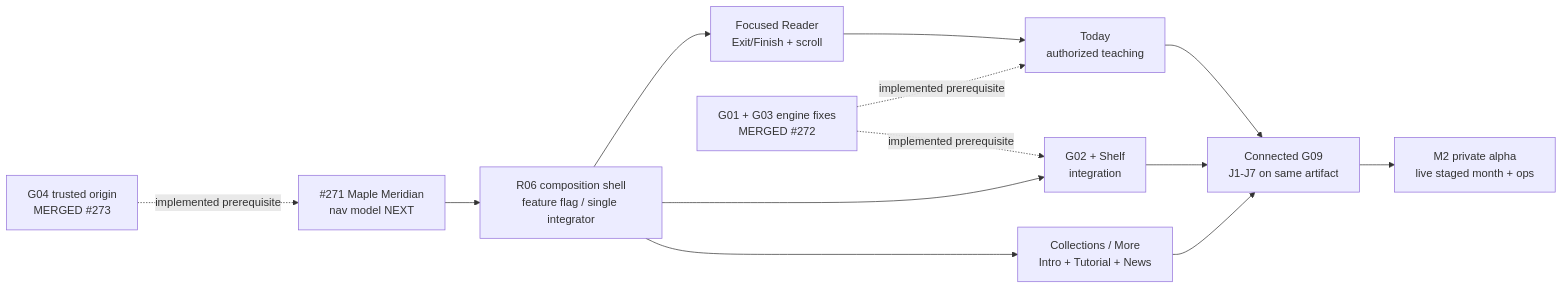
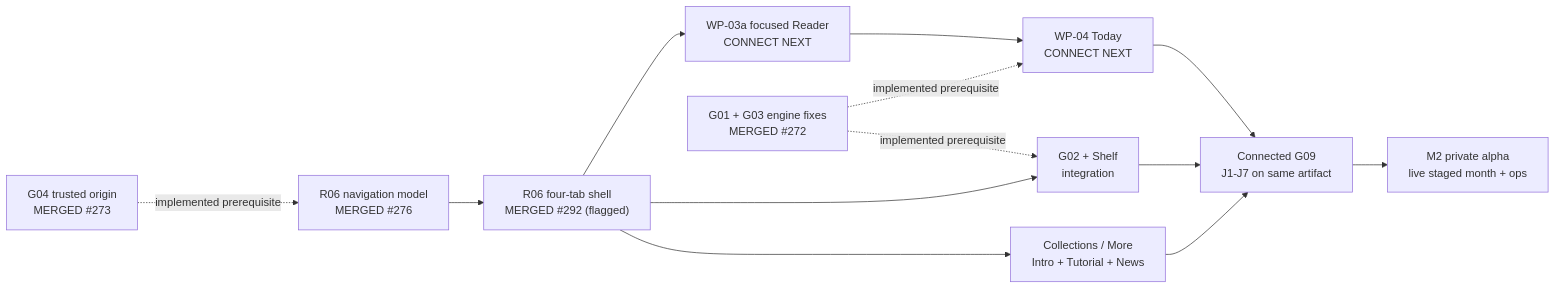
Before and after one commit to Bibleberry/Bibleberry: the diagram in docs/product/application-development-roadmap.md, drawn with Mermaid. The commit also changed other lines of this file and 9 other files, not shown here.

````diff
--- a/docs/product/application-development-roadmap.md
+++ b/docs/product/application-development-roadmap.md
@@ -210,15 +210,15 @@
 ```mermaid
 flowchart LR
-  H["G04 trusted origin\nMERGED #273"] -. "implemented prerequisite" .-> N["#271 Maple Meridian\nnav model NEXT"]
-  N --> S["R06 composition shell\nfeature flag / single integrator"]
-  S --> R["Focused Reader\nExit/Finish + scroll"]
-  R --> T["Today\nauthorized teaching"]
+  H["G04 trusted origin\nMERGED #273"] -. "implemented prerequisite" .-> N["R06 navigation model\nMERGED #276"]
+  N --> S["R06 four-tab shell\nMERGED #292 (flagged)"]
+  S --> R["WP-03a focused Reader\nCONNECT NEXT"]
+  R --> T["WP-04 Today\nCONNECT NEXT"]
   T --> G["Connected G09\nJ1-J7 on same artifact"]
   F["G01 + G03 engine fixes\nMERGED #272"] -. "implemented prerequisite" .-> T
   F -. "implemented prerequisite" .-> K["G02 + Shelf\nintegration"]
   K --> G
   S --> K
   S --> C["Collections / More\nIntro + Tutorial + News"]
   C --> G
   G --> A["M2 private alpha\nlive staged month + ops"]
 ```
````
